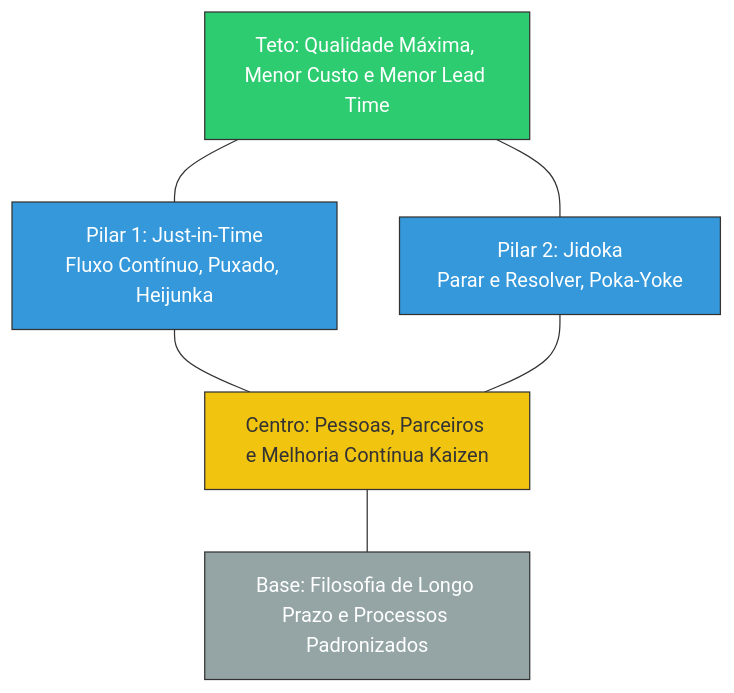
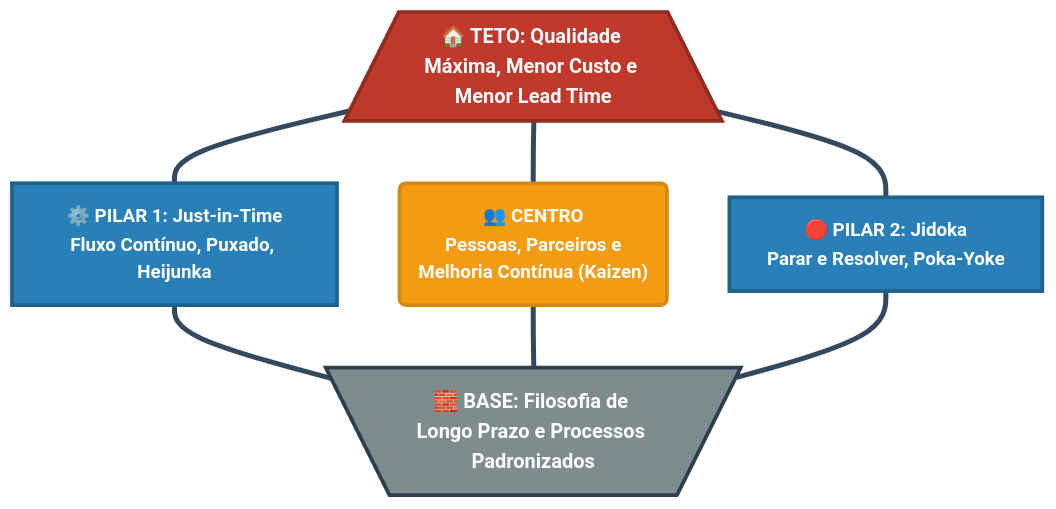
One commit to rafasfer2/MiningAnalyticsBook changed the second of 10 diagrams in chapters/cap2-modelos-gestao.qmd. Above: the diagram before and after it, drawn with Mermaid. The commit also changed other lines of this file and 110 other files, not shown here.

````diff
--- a/chapters/cap2-modelos-gestao.qmd
+++ b/chapters/cap2-modelos-gestao.qmd
@@ -317,22 +317,42 @@
 ```{mermaid}
 %%| label: fig-casa-toyota
-%%| fig-cap: "A Casa da Toyota - 14 Princípios e Blocos"
-graph TD
-   T[Teto: Qualidade Máxima, Menor Custo e Menor Lead Time]
-   P1[Pilar 1: Just-in-Time<br/>Fluxo Contínuo, Puxado, Heijunka]
-   P2[Pilar 2: Jidoka<br/>Parar e Resolver, Poka-Yoke]
-   C[Centro: Pessoas, Parceiros e Melhoria Contínua Kaizen]
-   B[Base: Filosofia de Longo Prazo e Processos Padronizados]
+%%| fig-cap: "A Casa da Toyota (TPS) - 14 Princípios e Blocos"
+flowchart TD
 
-   T --- P1
-   T --- P2
-   P1 --- C
-   P2 --- C
-   C --- B
+    %% --- CONFIGURAÇÃO DE ESTILOS (Garantindo letras grandes e cores sólidas) ---
+    classDef teto fill:#c0392b,stroke:#922b21,stroke-width:3px,color:#ffffff,font-size:16px,font-weight:bold
+    classDef pilar fill:#2980b9,stroke:#1f618d,stroke-width:3px,color:#ffffff,font-size:15px,font-weight:bold
+    classDef centro fill:#f39c12,stroke:#d68910,stroke-width:3px,color:#ffffff,font-size:15px,font-weight:bold
+    classDef base fill:#7f8c8d,stroke:#2c3e50,stroke-width:3px,color:#ffffff,font-size:16px,font-weight:bold
 
-   style T fill:#2ecc71,stroke:#333,color:#fff
-   style P1 fill:#3498db,stroke:#333,color:#fff
-   style P2 fill:#3498db,stroke:#333,color:#fff
-   style C fill:#f1c40f,stroke:#333
-   style B fill:#95a5a6,stroke:#333,color:#fff
+    %% --- ESTRUTURA DA CASA (Formas Especiais) ---
+
+    %% TETO: Usando Trapézio [/ \]
+    T[/"🏠 TETO: Qualidade Máxima, Menor Custo e Menor Lead Time"\]
+
+    %% PILARES E CENTRO: Retângulos e Bordas Arredondadas
+    P1["⚙️ PILAR 1: Just-in-Time<br>Fluxo Contínuo, Puxado, Heijunka"]
+    C("👥 CENTRO<br>Pessoas, Parceiros e<br>Melhoria Contínua (Kaizen)")
+    P2["🛑 PILAR 2: Jidoka<br>Parar e Resolver, Poka-Yoke"]
+
+    %% BASE: Usando Trapézio Invertido [\ /]
+    B[\"🧱 BASE: Filosofia de Longo Prazo e Processos Padronizados"/]
+
+    %% --- CONEXÕES (As Vigas da Casa) ---
+    T --- P1
+    T --- C
+    T --- P2
+
+    P1 --- B
+    C --- B
+    P2 --- B
+
+    %% Engrossando as linhas para parecerem estrutura física
+    linkStyle default stroke:#34495e,stroke-width:4px
+
+    %% --- APLICAÇÃO DOS ESTILOS ---
+    class T teto;
+    class P1,P2 pilar;
+    class C centro;
+    class B base;
 ```
````
